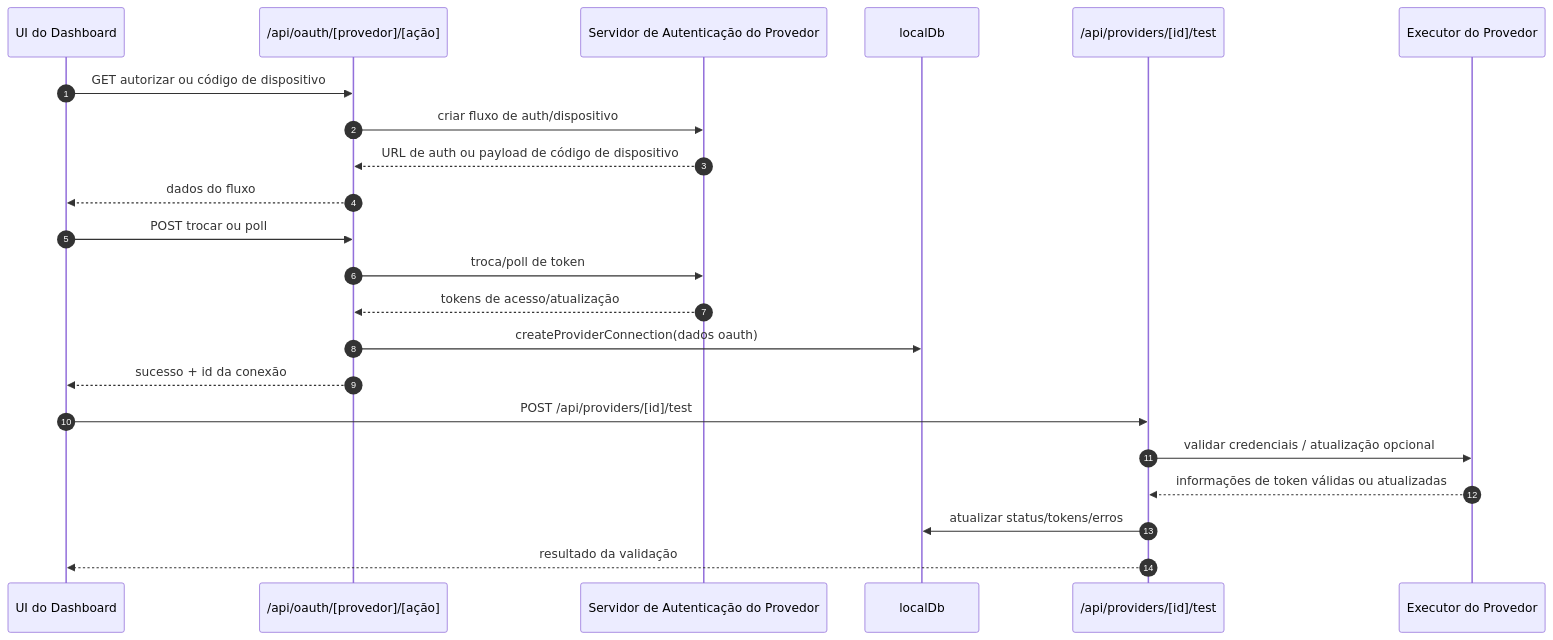
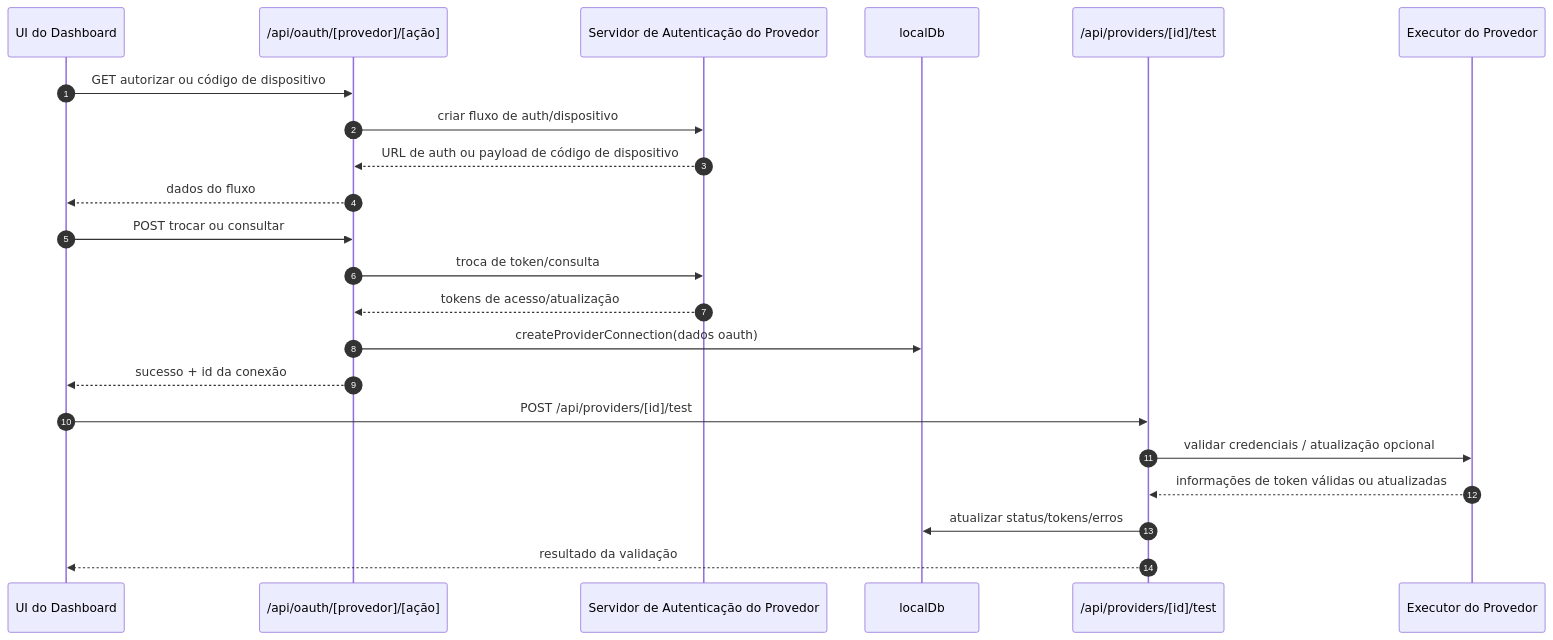
Before and after one commit to innotelinc/jesus: the fourth of 7 diagrams in apps/omniroute/docs/i18n/pt-BR/docs/architecture/ARCHITECTURE.md, drawn with Mermaid. The commit also changed other lines of this file and 1 other file, not shown here.

First line of the commit message:
fix(i18n): refresh translation state hash for architecture/ARCHITECTURE.md

````diff
--- a/apps/omniroute/docs/i18n/pt-BR/docs/architecture/ARCHITECTURE.md
+++ b/apps/omniroute/docs/i18n/pt-BR/docs/architecture/ARCHITECTURE.md
@@ -608,27 +617,27 @@
 ```mermaid
 sequenceDiagram
     autonumber
     participant UI as UI do Dashboard
     participant OAuth as /api/oauth/[provedor]/[ação]
     participant ProvAuth as Servidor de Autenticação do Provedor
     participant DB as localDb
     participant Test as /api/providers/[id]/test
     participant Exec as Executor do Provedor
 
     UI->>OAuth: GET autorizar ou código de dispositivo
     OAuth->>ProvAuth: criar fluxo de auth/dispositivo
     ProvAuth-->>OAuth: URL de auth ou payload de código de dispositivo
     OAuth-->>UI: dados do fluxo
 
-    UI->>OAuth: POST trocar ou poll
-    OAuth->>ProvAuth: troca/poll de token
+    UI->>OAuth: POST trocar ou consultar
+    OAuth->>ProvAuth: troca de token/consulta
     ProvAuth-->>OAuth: tokens de acesso/atualização
     OAuth->>DB: createProviderConnection(dados oauth)
     OAuth-->>UI: sucesso + id da conexão
 
     UI->>Test: POST /api/providers/[id]/test
     Test->>Exec: validar credenciais / atualização opcional
     Exec-->>Test: informações de token válidas ou atualizadas
     Test->>DB: atualizar status/tokens/erros
     Test-->>UI: resultado da validação
 ```
````
